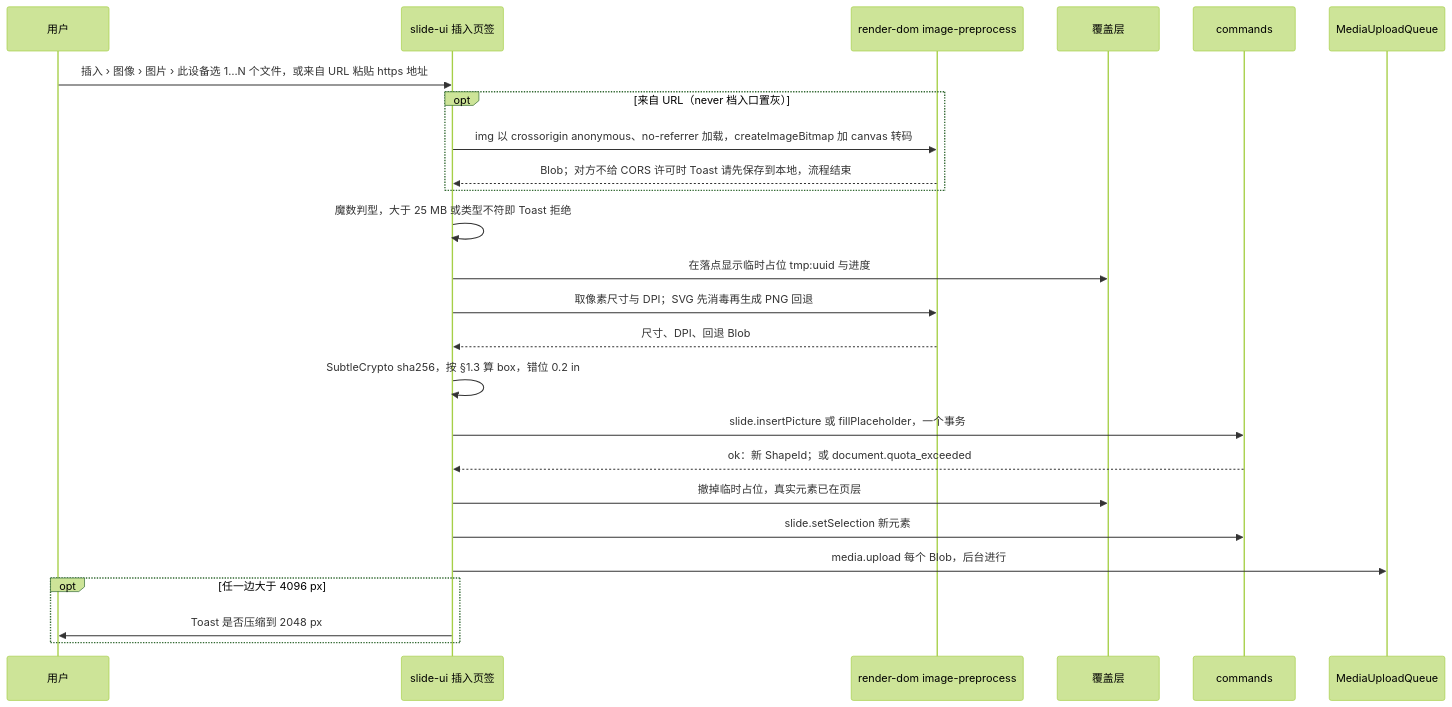
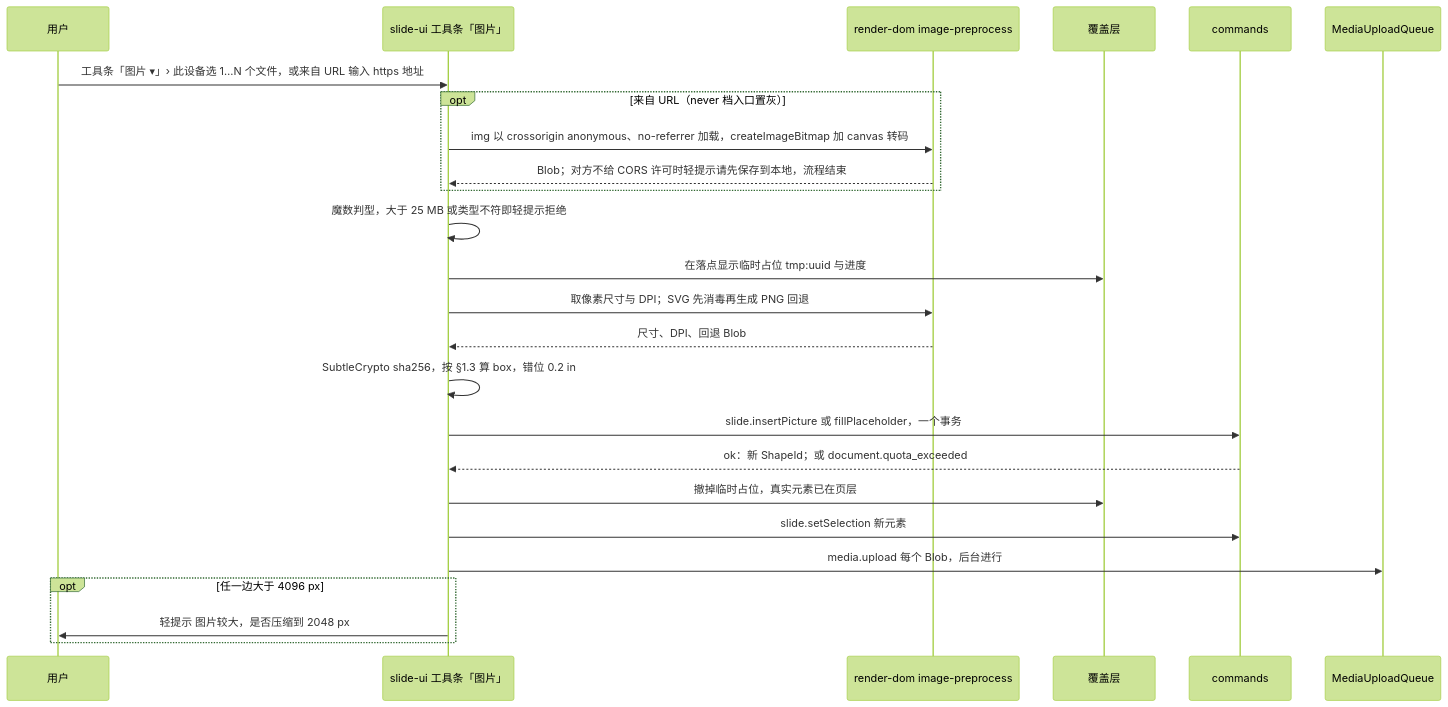
Before and after one commit to Xeonice/cordis-ppt-editor: the fourth of 12 diagrams in docs/50-frontend/23-elements-media.md, drawn with Mermaid (forest theme). The commit also changed other lines of this file and 25 other files, not shown here.

````diff
--- a/docs/50-frontend/23-elements-media.md
+++ b/docs/50-frontend/23-elements-media.md
@@ -202,27 +202,27 @@
 ```mermaid
 sequenceDiagram
   participant user as 用户
-  participant ui as slide-ui 插入页签
+  participant ui as slide-ui 工具条「图片」
   participant pre as render-dom image-preprocess
   participant ov as 覆盖层
   participant cmd as commands
   participant q as MediaUploadQueue
-  user->>ui: 插入 › 图像 › 图片 › 此设备选 1…N 个文件，或来自 URL 粘贴 https 地址
+  user->>ui: 工具条「图片 ▾」› 此设备选 1…N 个文件，或来自 URL 输入 https 地址
   opt 来自 URL（never 档入口置灰）
     ui->>pre: img 以 crossorigin anonymous、no-referrer 加载，createImageBitmap 加 canvas 转码
-    pre-->>ui: Blob；对方不给 CORS 许可时 Toast 请先保存到本地，流程结束
+    pre-->>ui: Blob；对方不给 CORS 许可时轻提示请先保存到本地，流程结束
   end
-  ui->>ui: 魔数判型，大于 25 MB 或类型不符即 Toast 拒绝
+  ui->>ui: 魔数判型，大于 25 MB 或类型不符即轻提示拒绝
   ui->>ov: 在落点显示临时占位 tmp:uuid 与进度
   ui->>pre: 取像素尺寸与 DPI；SVG 先消毒再生成 PNG 回退
   pre-->>ui: 尺寸、DPI、回退 Blob
   ui->>ui: SubtleCrypto sha256，按 §1.3 算 box，错位 0.2 in
   ui->>cmd: slide.insertPicture 或 fillPlaceholder，一个事务
   cmd-->>ui: ok：新 ShapeId；或 document.quota_exceeded
   ui->>ov: 撤掉临时占位，真实元素已在页层
   ui->>cmd: slide.setSelection 新元素
   ui->>q: media.upload 每个 Blob，后台进行
   opt 任一边大于 4096 px
-    ui->>user: Toast 是否压缩到 2048 px
+    ui->>user: 轻提示 图片较大，是否压缩到 2048 px
   end
 ```
````
